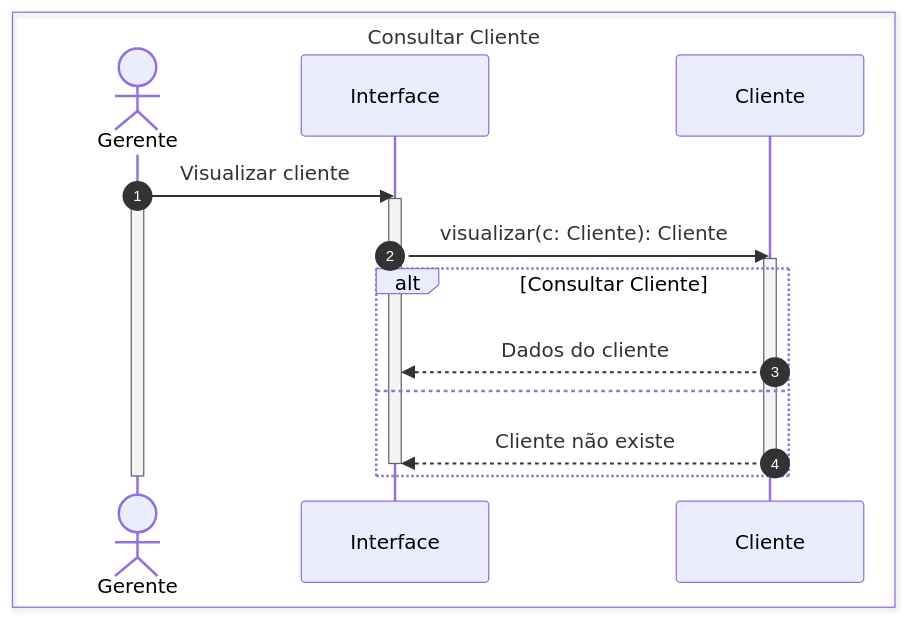
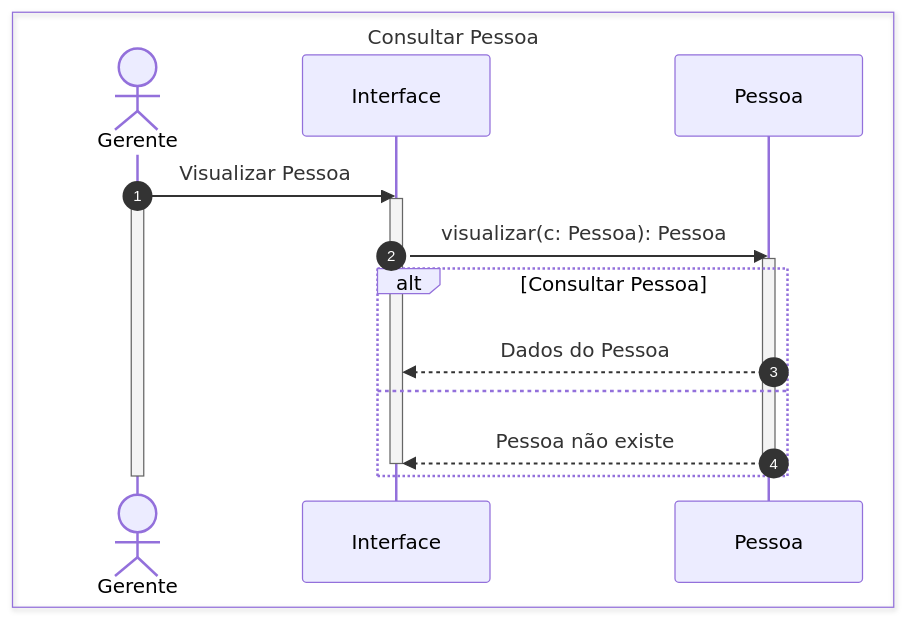
One commit to anderson-gpc/colab changed the first of 4 diagrams in DS_Manter_Cliente.md. Above: the diagram before and after it, drawn with Mermaid. The commit also changed other lines of this file and 7 other files, not shown here.

````diff
--- a/DS_Manter_Cliente.md
+++ b/DS_Manter_Cliente.md
@@ -2,26 +2,26 @@
 ```mermaid
 sequenceDiagram
     autonumber
-    box Consultar Cliente
+    box Consultar Pessoa
         actor Gerente
         participant Interface
-        participant Cliente
+        participant Pessoa
     end
 
-    Gerente->>Interface: Visualizar cliente
+    Gerente->>Interface: Visualizar Pessoa
     activate Gerente
     activate Interface
-    Interface->>Cliente: visualizar(c: Cliente): Cliente
-    activate Cliente
+    Interface->>Pessoa: visualizar(c: Pessoa): Pessoa
+    activate Pessoa
 
-    alt Consultar Cliente
-        Cliente-->>Interface: Dados do cliente
+    alt Consultar Pessoa
+        Pessoa-->>Interface: Dados do Pessoa
     else
-        Cliente-->>Interface: Cliente não existe
-        deactivate Cliente
+        Pessoa-->>Interface: Pessoa não existe
+        deactivate Pessoa
         deactivate Interface
     end
 
     deactivate Gerente
 
 ```
````
